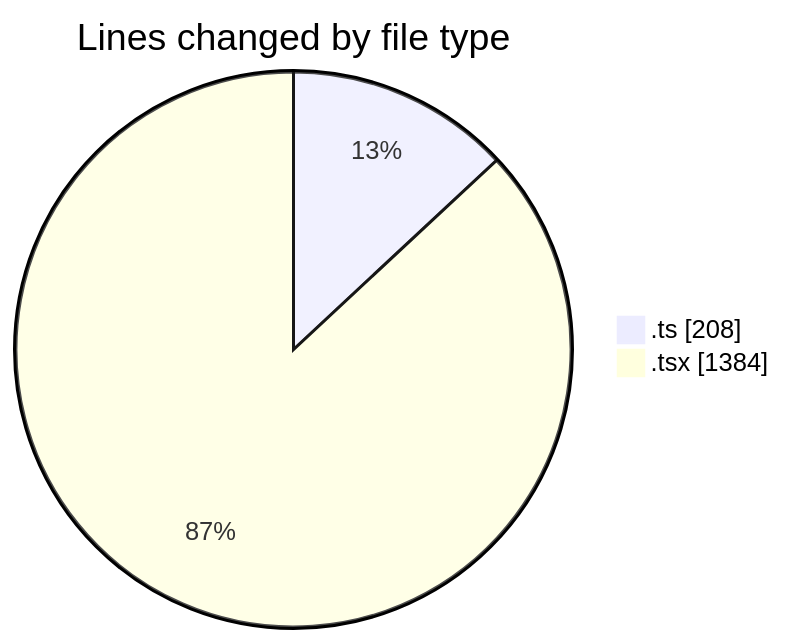
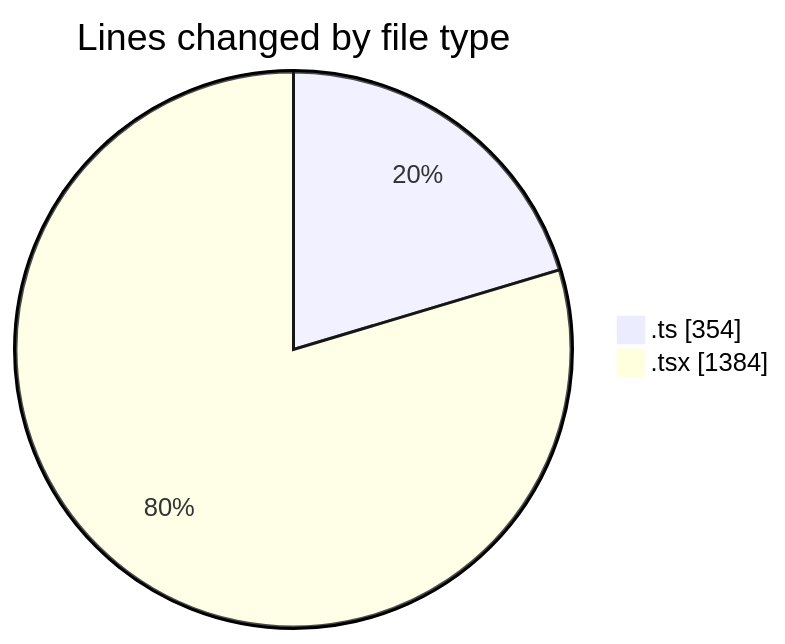
Before and after one commit to robertbonfada/code-tracking: the first of 2 diagrams in 2025-01-27/termonied-web/README.md, drawn with Mermaid. The commit also changed other lines of this file and 1 other file, not shown here.

````diff
--- a/2025-01-27/termonied-web/README.md
+++ b/2025-01-27/termonied-web/README.md
@@ -26,6 +26,6 @@
 ```mermaid
 pie showData
 title Lines changed by file type
-".ts" : 208
+".ts" : 354
 ".tsx" : 1384
 ```
````
